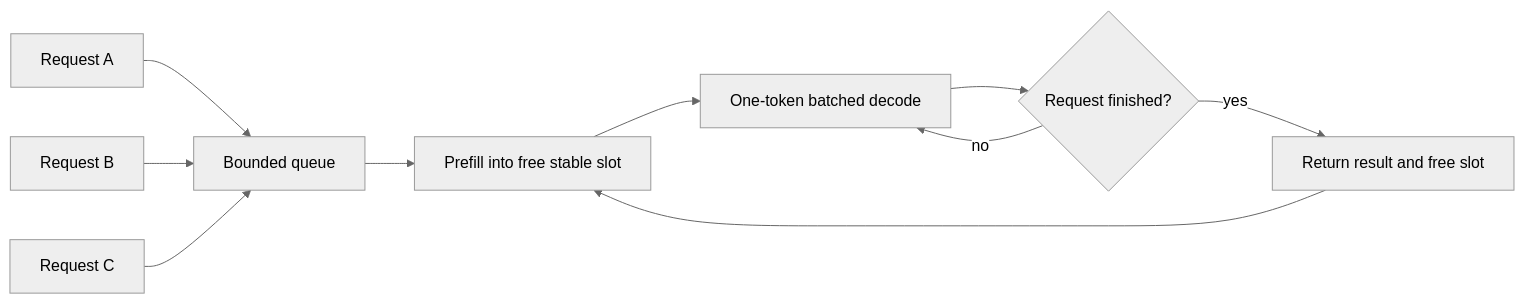
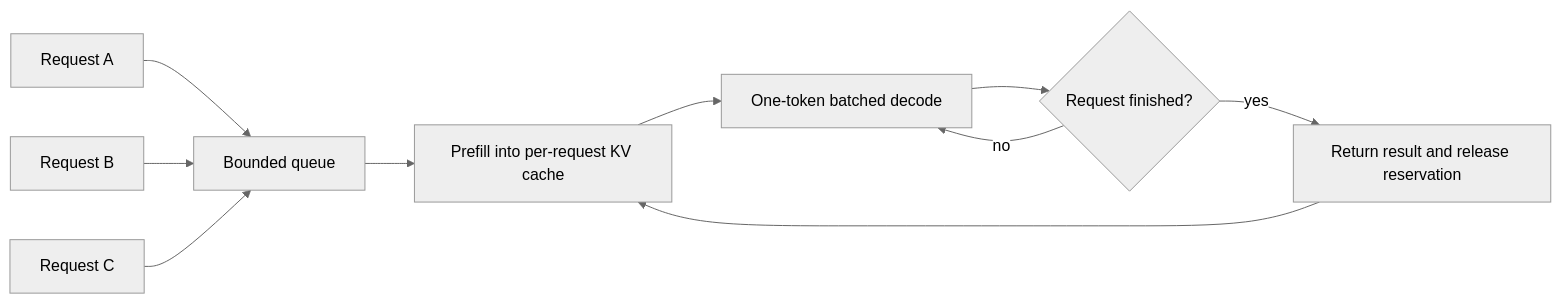
The first of 2 diagrams in README.md (DanielUgoAli/helios), drawn with Mermaid (neutral theme) before and after one commit. The commit also changed other lines of this file, not shown here.

````diff
--- a/README.md
+++ b/README.md
@@ -113,12 +115,12 @@
 ```mermaid
 flowchart LR
     R1[Request A] --> Q[Bounded queue]
     R2[Request B] --> Q
     R3[Request C] --> Q
-    Q --> P[Prefill into free stable slot]
+    Q --> P[Prefill into per-request KV cache]
     P --> D[One-token batched decode]
     D --> F{Request finished?}
-    F -->|yes| S[Return result and free slot]
+    F -->|yes| S[Return result and release reservation]
     F -->|no| D
     S --> P
 ```
````
